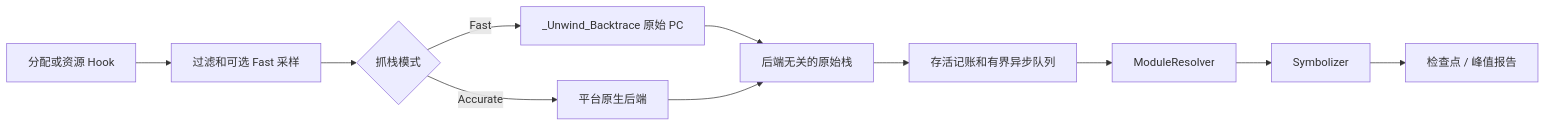
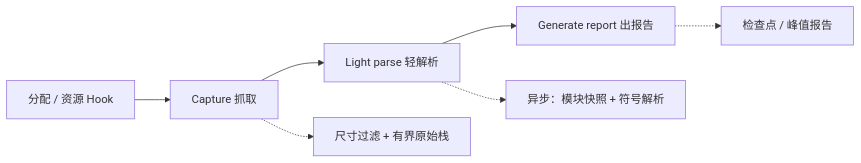
The diagram in README.zh-CN.md (YuleZhang/malloc_hook), drawn with Mermaid before and after one commit. The commit also changed other lines of this file and 28 other files, not shown here.

````diff
--- a/README.zh-CN.md
+++ b/README.zh-CN.md
@@ -11,13 +13,9 @@
 ```mermaid
 flowchart LR
-    A[分配或资源 Hook] --> B[过滤和可选 Fast 采样]
-    B --> C{抓栈模式}
-    C -->|Fast| D[_Unwind_Backtrace 原始 PC]
-    C -->|Accurate| E[平台原生后端]
-    D --> F[后端无关的原始栈]
-    E --> F
-    F --> G[存活记账和有界异步队列]
-    G --> H[ModuleResolver]
-    H --> I[Symbolizer]
-    I --> J[检查点 / 峰值报告]
+    A[分配 / 资源 Hook] --> B[Capture 抓取]
+    B --> C[Light parse 轻解析]
+    C --> D[Generate report 出报告]
+    B -.-> B1[尺寸过滤 + 有界原始栈]
+    C -.-> C1[异步：模块快照 + 符号解析]
+    D -.-> D1[检查点 / 峰值报告]
 ```
````
